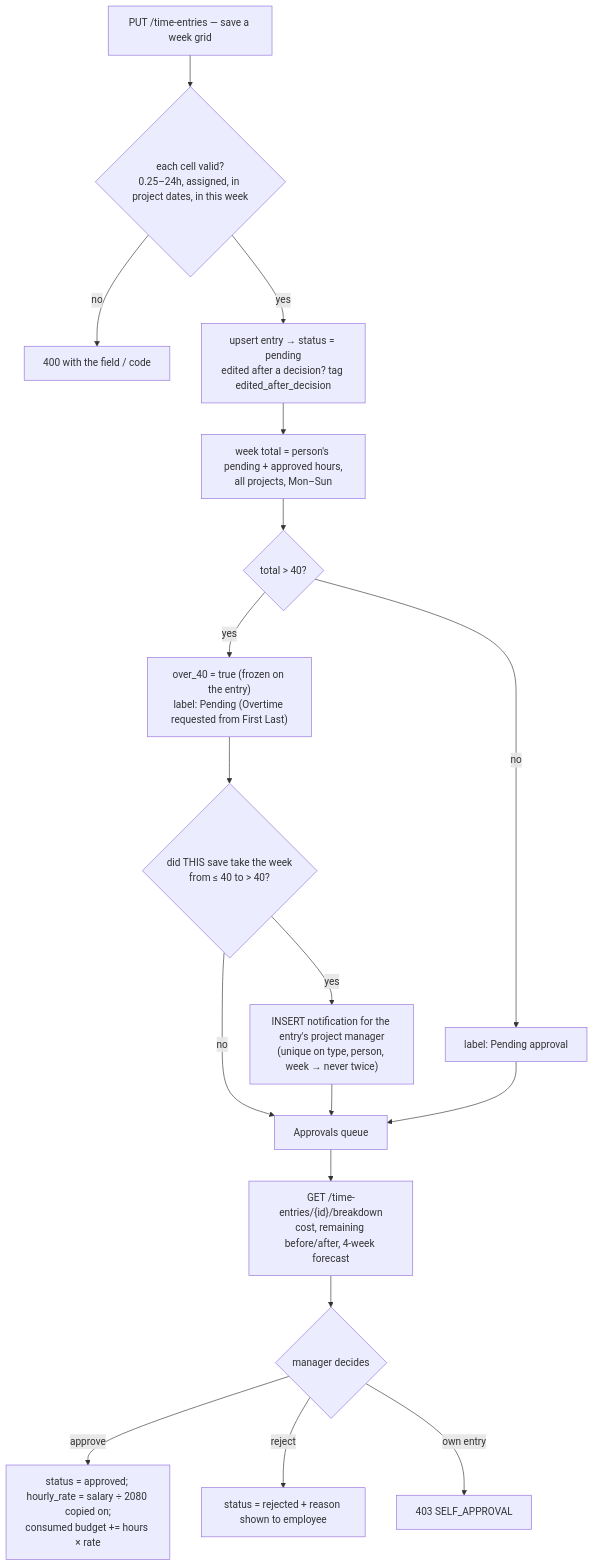
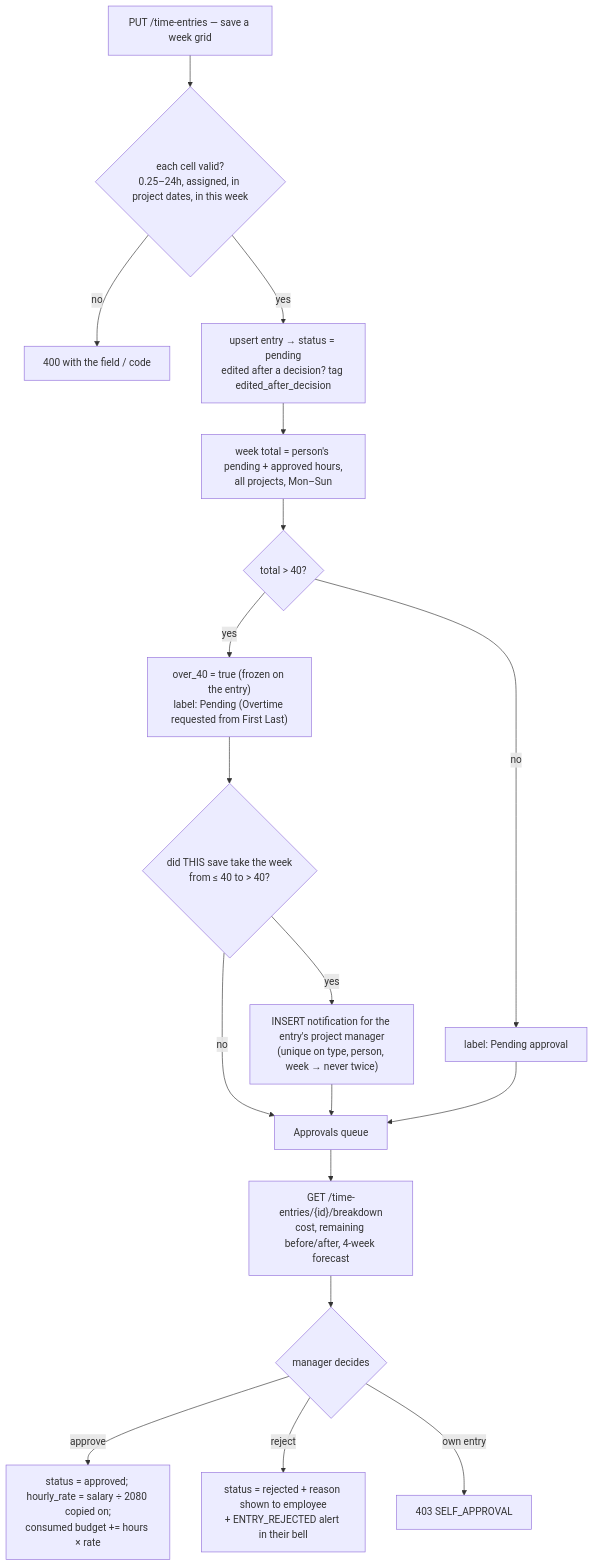
The fifth of 9 diagrams in docs/project/LOGIC_WALKTHROUGH.md (RootMoataz/citi-overwatch), drawn with Mermaid before and after one commit. The commit also changed other lines of this file and 3 other files, not shown here.

````diff
--- a/docs/project/LOGIC_WALKTHROUGH.md
+++ b/docs/project/LOGIC_WALKTHROUGH.md
@@ -129,20 +129,20 @@
 ```mermaid
 flowchart TD
   S[PUT /time-entries — save a week grid] --> V{each cell valid?<br/>0.25–24h, assigned, in project dates, in this week}
   V -- no --> VE[400 with the field / code]
   V -- yes --> W[upsert entry → status = pending<br/>edited after a decision? tag edited_after_decision]
   W --> T["week total = person's pending + approved hours,<br/>all projects, Mon–Sun"]
   T --> O{total > 40?}
   O -- no --> P1[label: Pending approval]
   O -- yes --> P2["over_40 = true (frozen on the entry)<br/>label: Pending (Overtime requested from First Last)"]
   P2 --> C{did THIS save take the week<br/>from ≤ 40 to > 40?}
   C -- yes --> N["INSERT notification for the entry's project manager<br/>(unique on type, person, week → never twice)"]
   C -- no --> Done
   N --> Done
   P1 --> Done[Approvals queue]
   Done --> B["GET /time-entries/{id}/breakdown<br/>cost, remaining before/after, 4-week forecast"]
   B --> A{manager decides}
   A -- approve --> AP["status = approved; hourly_rate = salary ÷ 2080 copied on;<br/>consumed budget += hours × rate"]
-  A -- reject --> RJ[status = rejected + reason shown to employee]
+  A -- reject --> RJ[status = rejected + reason shown to employee<br/>+ ENTRY_REJECTED alert in their bell]
   A -- own entry --> SA[403 SELF_APPROVAL]
 ```
````
